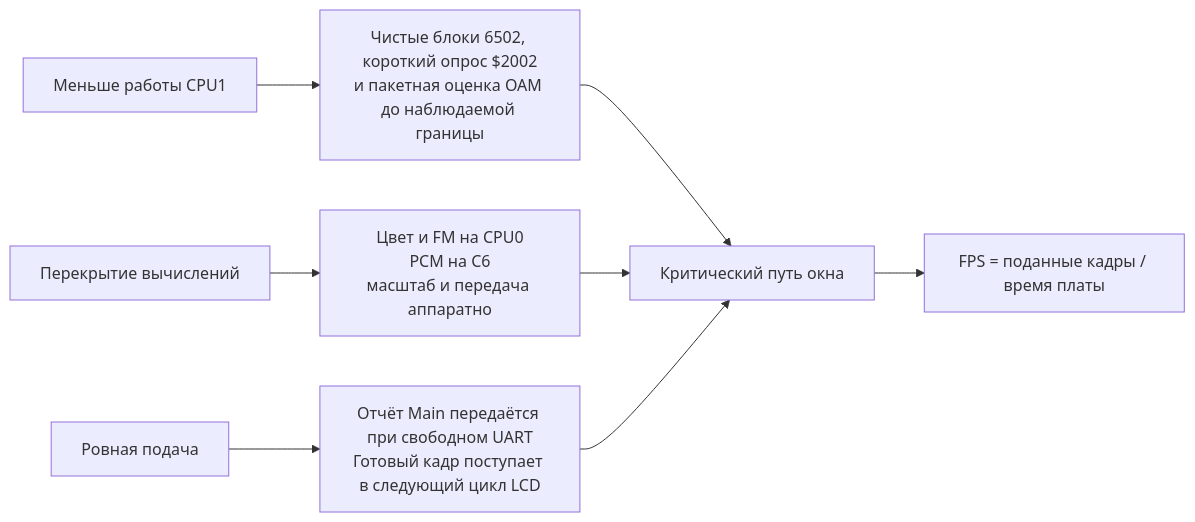
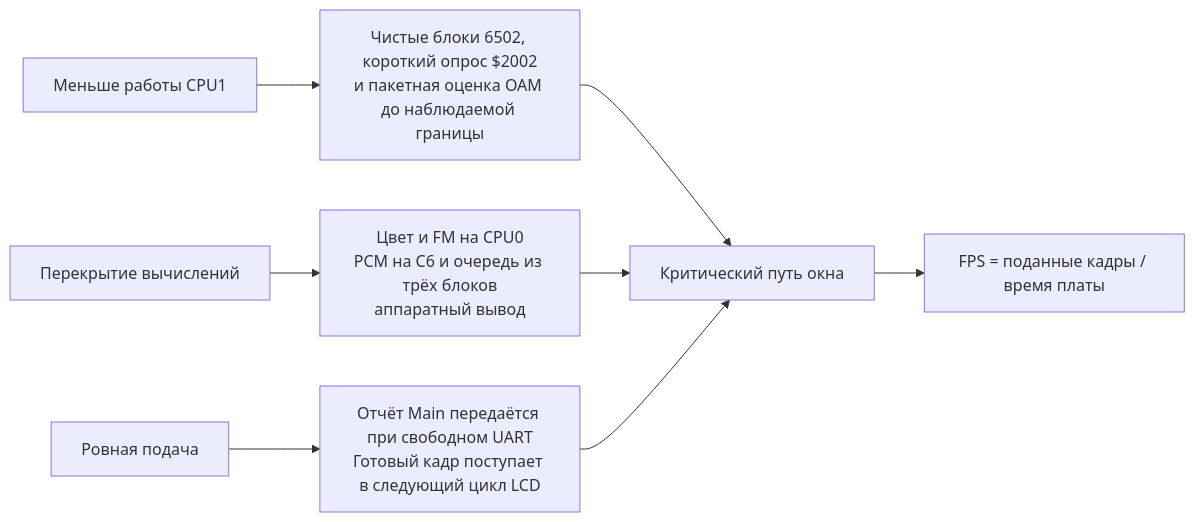
The third of 4 diagrams in bitvyr_nes_p4c6/betta/docs/02-architecture.md (KirPoz/bitvyr), drawn with Mermaid before and after one commit. The commit also changed other lines of this file and 10 other files, not shown here.

````diff
--- a/bitvyr_nes_p4c6/betta/docs/02-architecture.md
+++ b/bitvyr_nes_p4c6/betta/docs/02-architecture.md
@@ -85,10 +85,10 @@
 ```mermaid
 flowchart LR
     A["Меньше работы CPU1"] --> B["Чистые блоки 6502, короткий опрос $2002<br/>и пакетная оценка OAM до наблюдаемой границы"]
-    C["Перекрытие вычислений"] --> D["Цвет и FM на CPU0<br/>PCM на C6<br/>масштаб и передача аппаратно"]
+    C["Перекрытие вычислений"] --> D["Цвет и FM на CPU0<br/>PCM на C6 и очередь из трёх блоков<br/>аппаратный вывод"]
     E["Ровная подача"] --> F["Отчёт Main передаётся при свободном UART<br/>Готовый кадр поступает в следующий цикл LCD"]
     B --> G["Критический путь окна"]
     D --> G
     F --> G
     G --> H["FPS = поданные кадры / время платы"]
 ```
````
